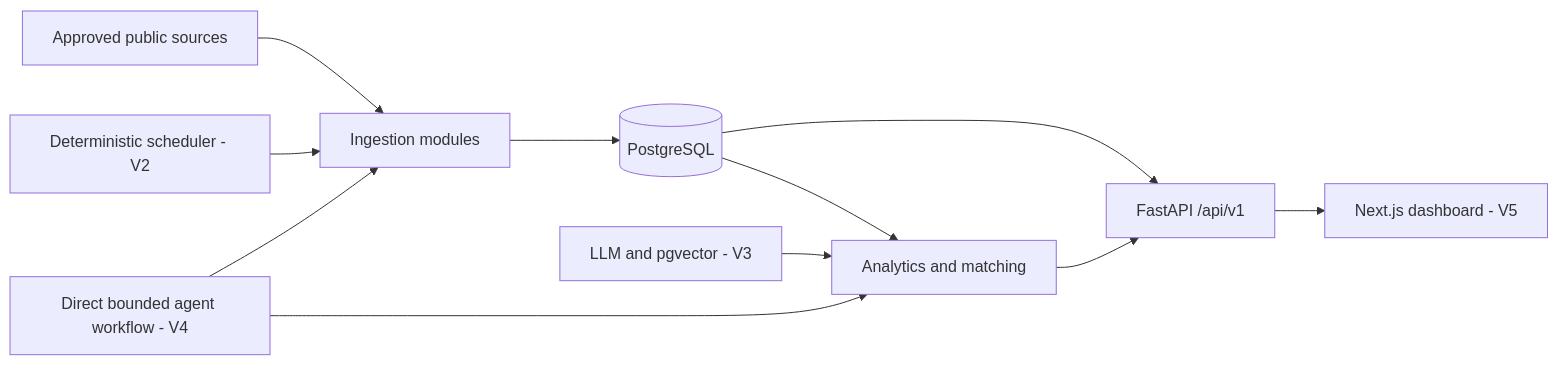
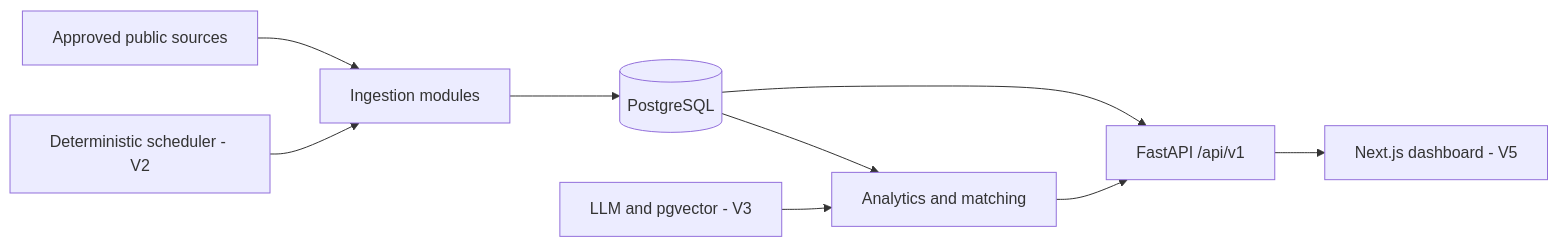
The diagram in README.md (HPhucTV/DevRadar), drawn with Mermaid before and after one commit. The commit also changed other lines of this file and 6 other files, not shown here.

Commit message:
docs: align architecture after v4 evaluation

````diff
--- a/README.md
+++ b/README.md
@@ -41,13 +41,11 @@
 ```mermaid
 flowchart LR
     S["Approved public sources"] --> I["Ingestion modules"]
     I --> P[("PostgreSQL")]
     P --> A["FastAPI /api/v1"]
     P --> X["Analytics and matching"]
     X --> A
     A --> W["Next.js dashboard - V5"]
     O["Deterministic scheduler - V2"] --> I
     L["LLM and pgvector - V3"] --> X
-    D["Direct bounded agent workflow - V4"] --> I
-    D --> X
 ```
````
